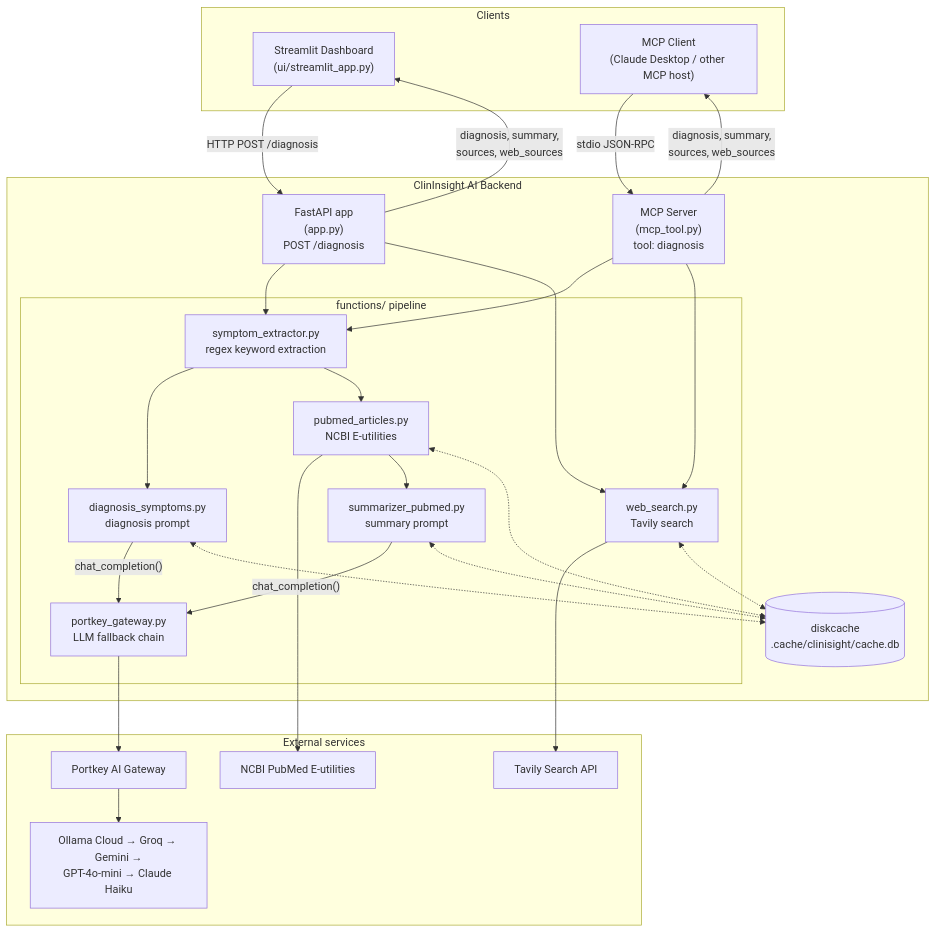
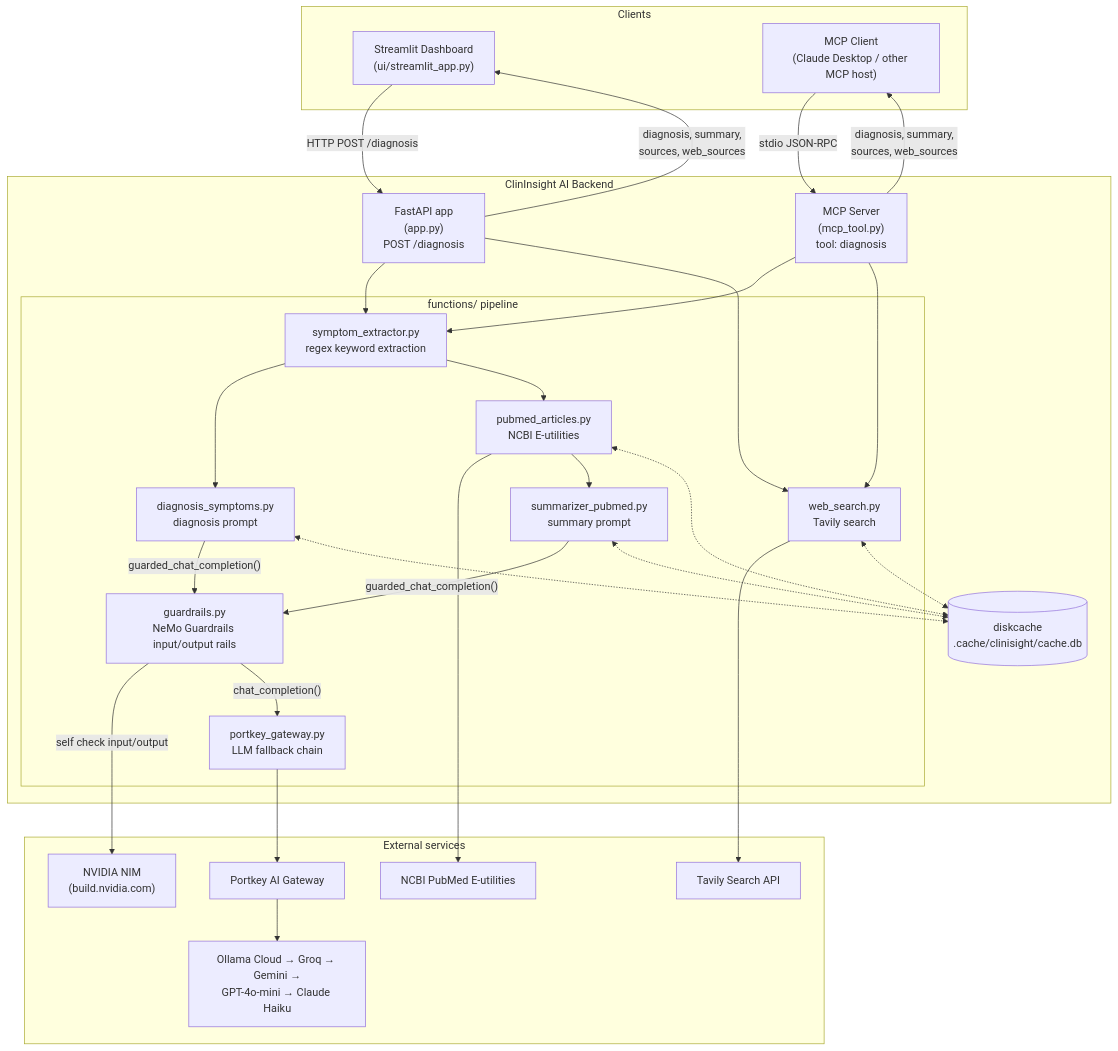
The first of 3 diagrams in Clinisight_AI/README.md (KoushikBose/MCP_PROJECT), drawn with Mermaid before and after one commit. The commit also changed other lines of this file and 15 other files, not shown here.

````diff
--- a/Clinisight_AI/README.md
+++ b/Clinisight_AI/README.md
@@ -27,56 +27,60 @@
 ```mermaid
 flowchart TB
     subgraph Clients
         UI["Streamlit Dashboard<br/>(ui/streamlit_app.py)"]
         MCPClient["MCP Client<br/>(Claude Desktop / other MCP host)"]
     end
 
     subgraph Backend["ClinInsight AI Backend"]
         API["FastAPI app<br/>(app.py)<br/>POST /diagnosis"]
         MCP["MCP Server<br/>(mcp_tool.py)<br/>tool: diagnosis"]
 
         subgraph Pipeline["functions/ pipeline"]
             SE["symptom_extractor.py<br/>regex keyword extraction"]
             DX["diagnosis_symptoms.py<br/>diagnosis prompt"]
             PM["pubmed_articles.py<br/>NCBI E-utilities"]
             SUM["summarizer_pubmed.py<br/>summary prompt"]
             WS["web_search.py<br/>Tavily search"]
+            GR["guardrails.py<br/>NeMo Guardrails input/output rails"]
             GW["portkey_gateway.py<br/>LLM fallback chain"]
         end
 
         CACHE[("diskcache<br/>.cache/clinisight/cache.db")]
     end
 
     subgraph External["External services"]
         NCBI["NCBI PubMed E-utilities"]
         TAVILY["Tavily Search API"]
         PORTKEY["Portkey AI Gateway"]
         LLMS["Ollama Cloud → Groq → Gemini →<br/>GPT-4o-mini → Claude Haiku"]
+        NVIDIA["NVIDIA NIM<br/>(build.nvidia.com)"]
     end
 
     UI -- "HTTP POST /diagnosis" --> API
     MCPClient -- "stdio JSON-RPC" --> MCP
 
     API --> SE
     MCP --> SE
     SE --> DX
     SE --> PM
     API --> WS
     MCP --> WS
 
-    DX -- "chat_completion()" --> GW
-    SUM -- "chat_completion()" --> GW
+    DX -- "guarded_chat_completion()" --> GR
+    SUM -- "guarded_chat_completion()" --> GR
+    GR -- "self check input/output" --> NVIDIA
+    GR -- "chat_completion()" --> GW
     GW --> PORTKEY --> LLMS
 
     PM --> NCBI
     WS --> TAVILY
     PM --> SUM
 
     DX <-.-> CACHE
     PM <-.-> CACHE
     SUM <-.-> CACHE
     WS <-.-> CACHE
 
     API -- "diagnosis, summary,<br/>sources, web_sources" --> UI
     MCP -- "diagnosis, summary,<br/>sources, web_sources" --> MCPClient
 ```
````
